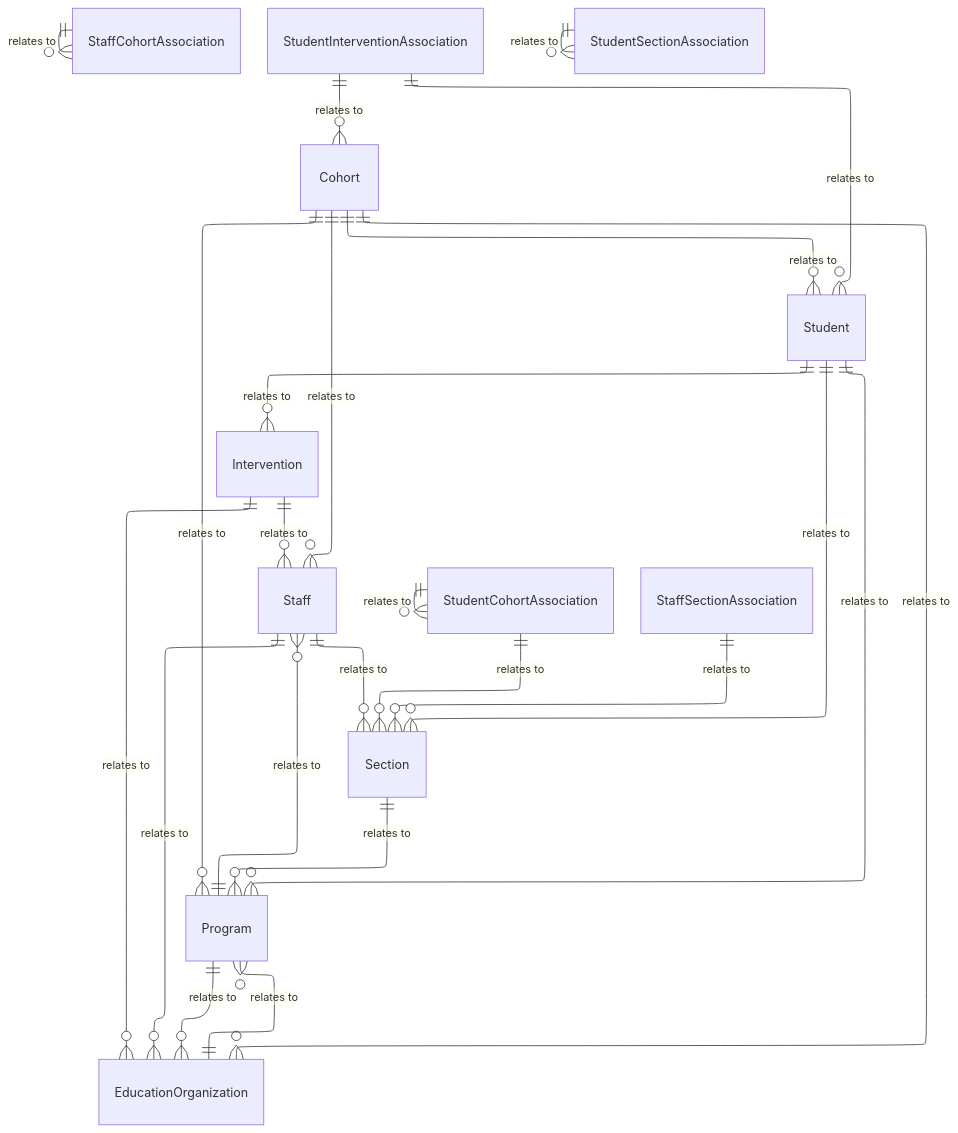
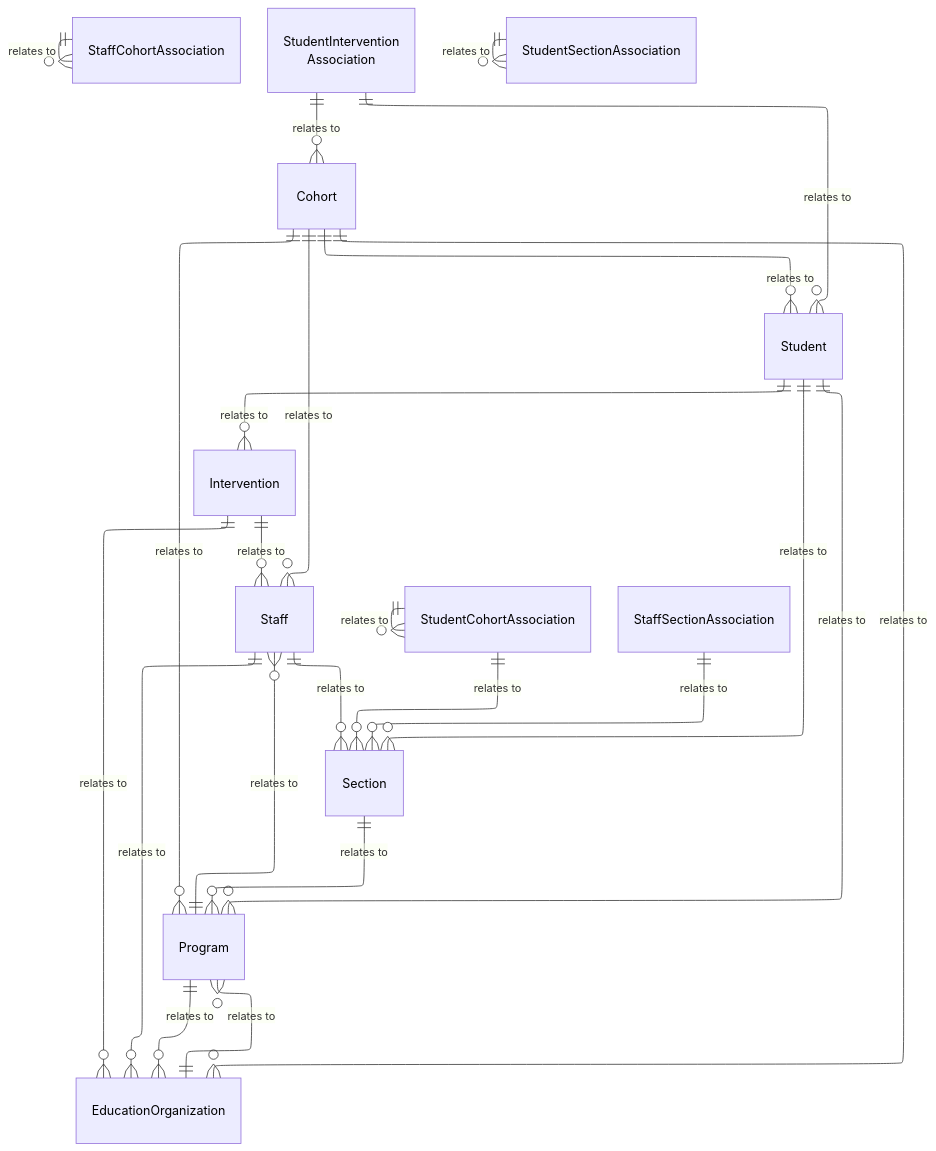
Before and after one commit to Ed-Fi-Alliance-OSS/ed-fi-alliance-oss.github.io: the diagram in dataStandard_versioned_docs/version-6/model-reference/student-cohort-domain/model-diagrams.md, drawn with Mermaid. The commit also changed 24 other files, not shown here.

````diff
--- a/dataStandard_versioned_docs/version-6/model-reference/student-cohort-domain/model-diagrams.md
+++ b/dataStandard_versioned_docs/version-6/model-reference/student-cohort-domain/model-diagrams.md
@@ -10,55 +10,65 @@
 ```mermaid
 ---
-
 config:
   layout: elk
 ---
-
 erDiagram
     Student {
     }
     Staff {
     }
     Cohort {
     }
     StudentCohortAssociation {
     }
     StaffCohortAssociation {
     }
-    StudentInterventionAssociation {
+    StudentInterventionAssociation["StudentIntervention<br/>Association"] {
     }
     Intervention {
     }
     StudentSectionAssociation {
     }
     StaffSectionAssociation {
     }
     Program {
     }
     Section {
     }
     EducationOrganization {
     }
     Cohort ||--o{ Student : "relates to"
     Cohort ||--o{ Program : "relates to"
     Cohort ||--o{ EducationOrganization : "relates to"
     Cohort ||--o{ Staff : "relates to"
     StudentCohortAssociation ||--o{ StudentCohortAssociation : "relates to"
     StudentCohortAssociation ||--o{ Section : "relates to"
     StaffCohortAssociation ||--o{ StaffCohortAssociation : "relates to"
     StudentInterventionAssociation ||--o{ Cohort : "relates to"
     StudentInterventionAssociation ||--o{ Student : "relates to"
     StudentSectionAssociation ||--o{ StudentSectionAssociation : "relates to"
     StaffSectionAssociation ||--o{ Section : "relates to"
     Student ||--o{ Intervention : "relates to"
     Student ||--o{ Program : "relates to"
     Student ||--o{ Section : "relates to"
     Staff ||--o{ EducationOrganization : "relates to"
     Staff ||--o{ Section : "relates to"
     Intervention ||--o{ EducationOrganization : "relates to"
     Intervention ||--o{ Staff : "relates to"
     Program ||--o{ EducationOrganization : "relates to"
     Program ||--o{ Staff : "relates to"
     EducationOrganization ||--o{ Program : "relates to"
     Section ||--o{ Program : "relates to"
+    style Student color:#000000
+    style Staff color:#000000
+    style Cohort color:#000000
+    style StudentCohortAssociation color:#000000
+    style StaffCohortAssociation color:#000000
+    style StudentInterventionAssociation color:#000000
+    style Intervention color:#000000
+    style StudentSectionAssociation color:#000000
+    style StaffSectionAssociation color:#000000
+    style Program color:#000000
+    style Section color:#000000
+    style EducationOrganization color:#000000
 ```
````
